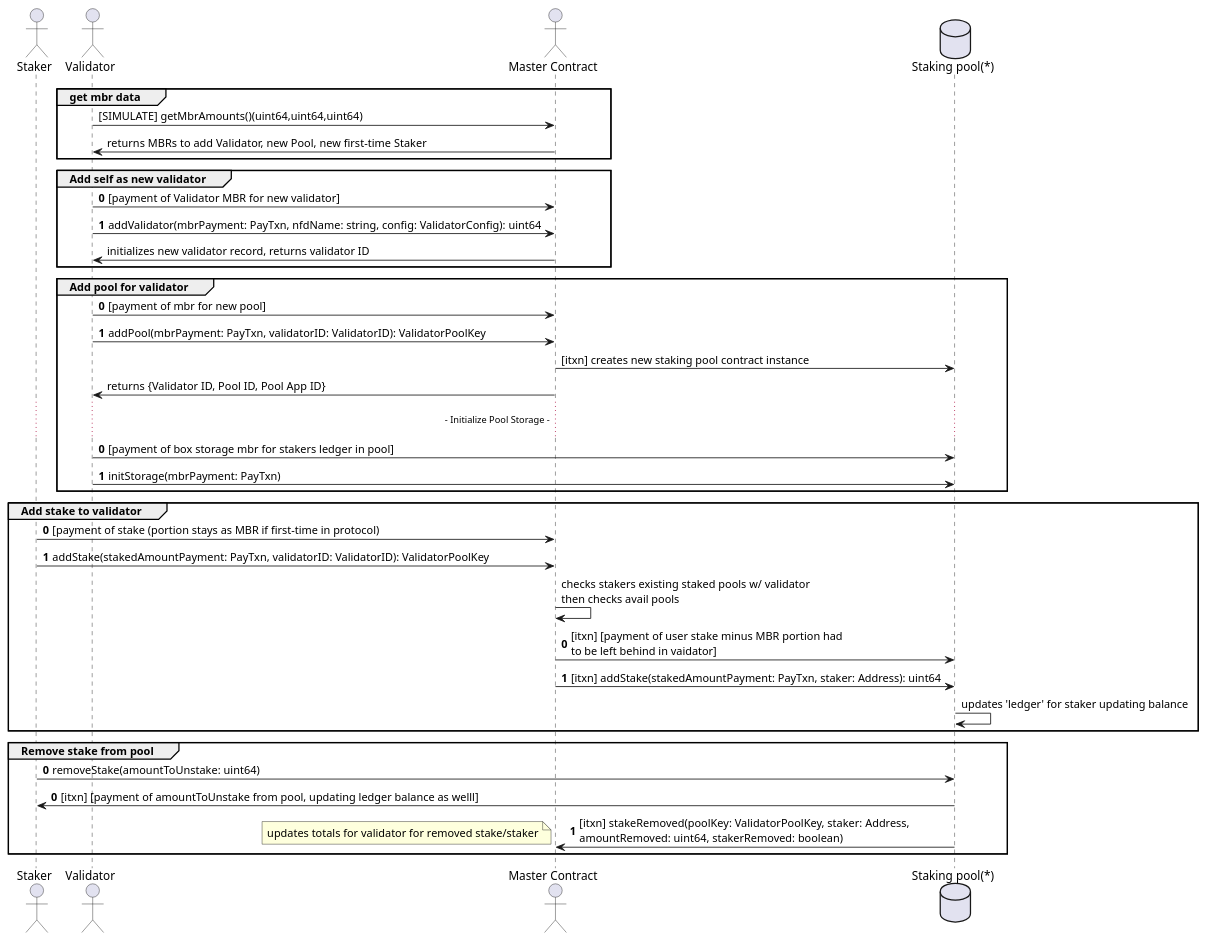
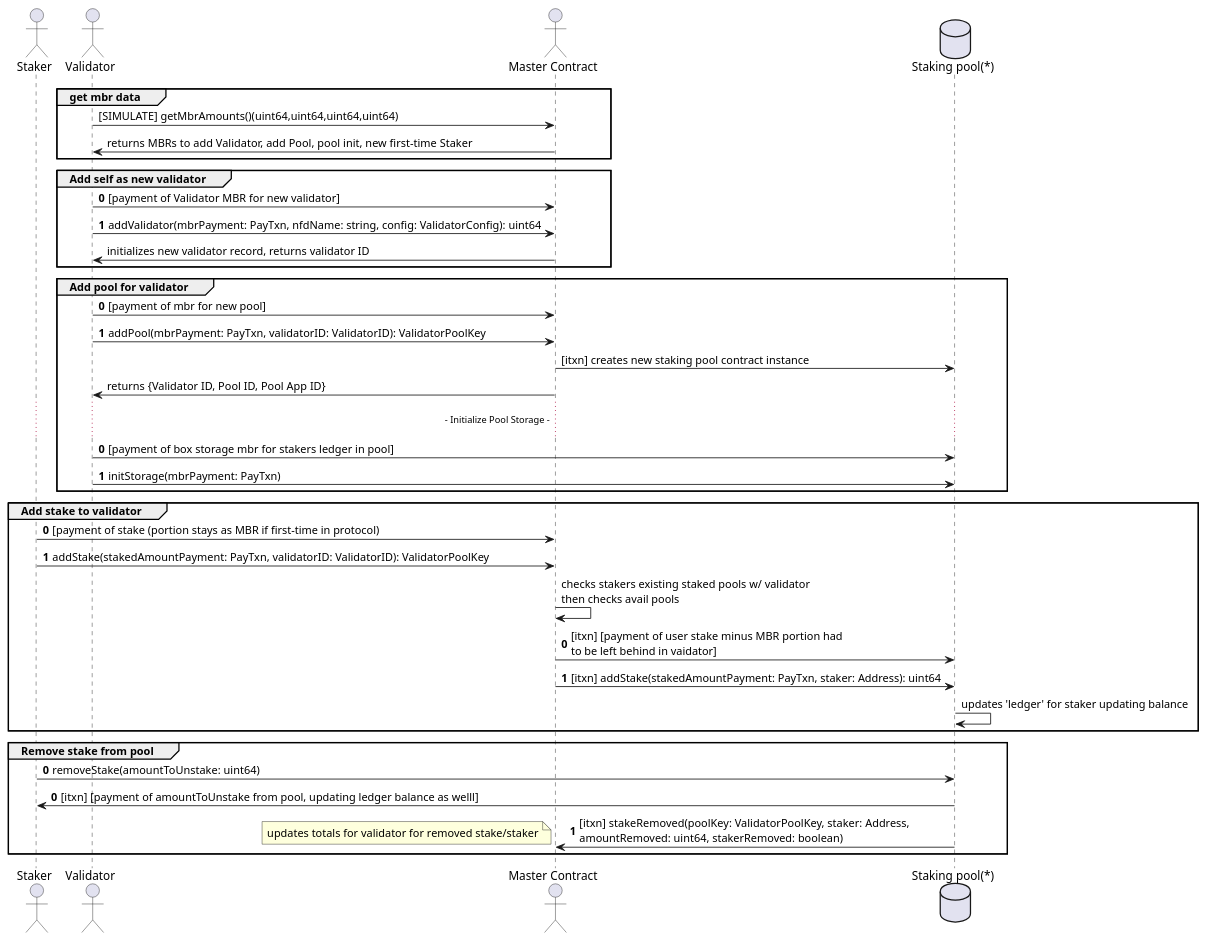
The diagram in docs/diagrams/validator.puml (TxnLab/reti), drawn with PlantUML before and after one commit. The commit also changed 9 other files, not shown here.

Commit message:
Add getProtocolConstraints function to return constraints front-ends can use when initializing validator configurations.

```diff
--- a/docs/diagrams/validator.puml
+++ b/docs/diagrams/validator.puml
@@ -1,50 +1,50 @@
 @startuml
 actor "Staker" as staker
 actor "Validator" as validator
 actor "Master Contract" as master
 database "Staking pool(*)" as pool
 group get mbr data
-validator -> master: [SIMULATE] getMbrAmounts()(uint64,uint64,uint64)
-master->validator: returns MBRs to add Validator, new Pool, new first-time Staker
+validator -> master: [SIMULATE] getMbrAmounts()(uint64,uint64,uint64,uint64)
+master->validator: returns MBRs to add Validator, add Pool, pool init, new first-time Staker
 end
 group Add self as new validator
 autonumber 0
 validator -> master: [payment of Validator MBR for new validator]
 validator -> master: addValidator(mbrPayment: PayTxn, nfdName: string, config: ValidatorConfig): uint64
 autonumber stop
 master -> validator: initializes new validator record, returns validator ID
 end
 group Add pool for validator
 autonumber 0
 validator -> master: [payment of mbr for new pool]
 validator -> master: addPool(mbrPayment: PayTxn, validatorID: ValidatorID): ValidatorPoolKey
 autonumber stop
 master -> pool: [itxn] creates new staking pool contract instance
 master -> validator: returns {Validator ID, Pool ID, Pool App ID}
 ...  - Initialize Pool Storage - ...
 autonumber 0
 validator -> pool: [payment of box storage mbr for stakers ledger in pool]
 validator -> pool: initStorage(mbrPayment: PayTxn)
 autonumber stop
 end
 group Add stake to validator
 autonumber 0
 staker -> master: [payment of stake (portion stays as MBR if first-time in protocol)
 staker -> master:  addStake(stakedAmountPayment: PayTxn, validatorID: ValidatorID): ValidatorPoolKey
 autonumber stop
 master -> master: checks stakers existing staked pools w/ validator\nthen checks avail pools
 autonumber 0
 master -> pool: [itxn] [payment of user stake minus MBR portion had\nto be left behind in vaidator]
 master -> pool: [itxn] addStake(stakedAmountPayment: PayTxn, staker: Address): uint64
 autonumber stop
 pool -> pool: updates 'ledger' for staker updating balance
 end
 group Remove stake from pool
 autonumber 0
 staker -> pool: removeStake(amountToUnstake: uint64)
 autonumber 0
 pool -> staker: [itxn] [payment of amountToUnstake from pool, updating ledger balance as welll]
 pool -> master: [itxn] stakeRemoved(poolKey: ValidatorPoolKey, staker: Address,\namountRemoved: uint64, stakerRemoved: boolean)
 note left: updates totals for validator for removed stake/staker
 end
 @enduml
```
